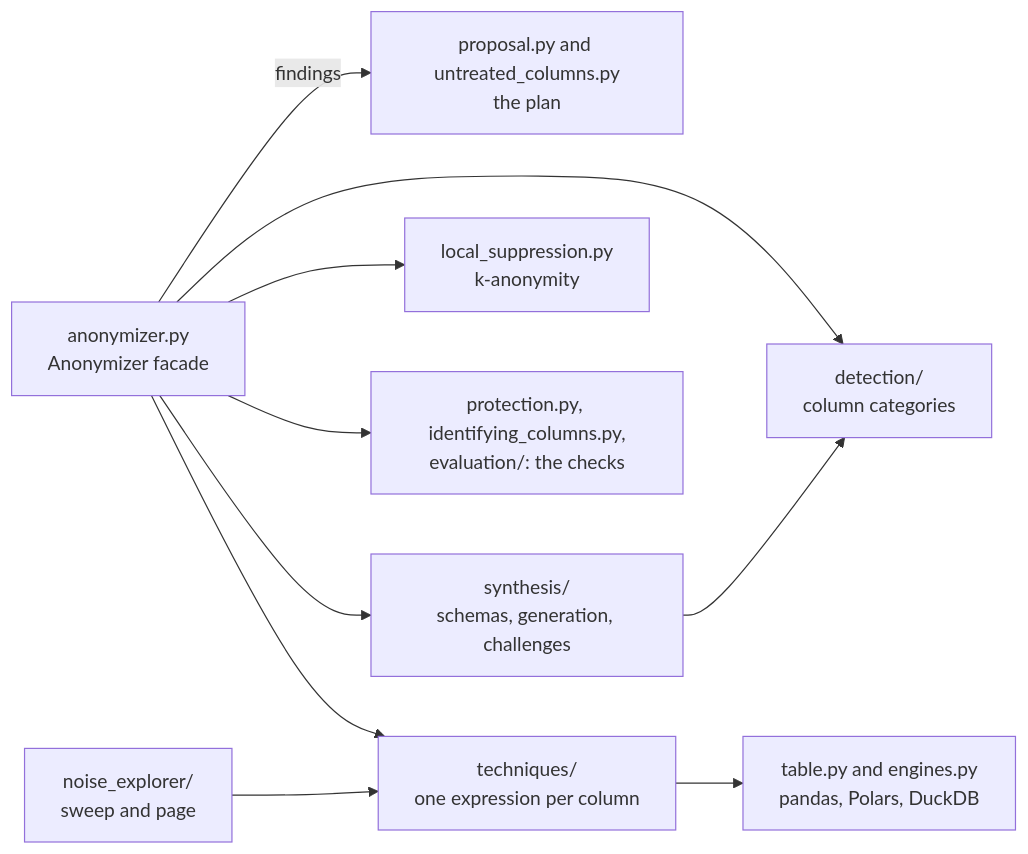
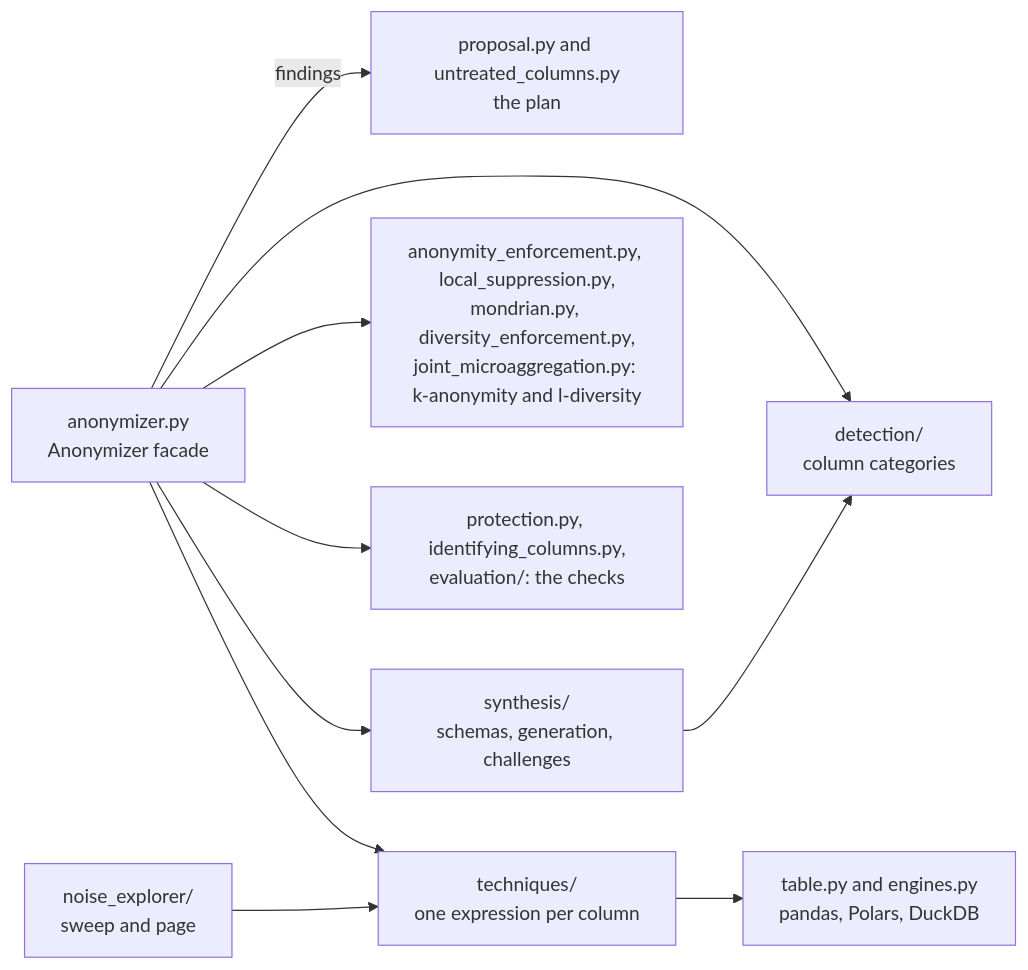
The third of 4 diagrams in ARCHITECTURE.md (rmonteiro-pereira/data-anonymizer), drawn with Mermaid before and after one commit. The commit also changed other lines of this file and 4 other files, not shown here.

````diff
--- a/ARCHITECTURE.md
+++ b/ARCHITECTURE.md
@@ -94,21 +94,21 @@
 ```mermaid
 flowchart LR
   facade["anonymizer.py<br/>Anonymizer facade"]
   detection["detection/<br/>column categories"]
   proposal["proposal.py and untreated_columns.py<br/>the plan"]
   techniques["techniques/<br/>one expression per column"]
   table["table.py and engines.py<br/>pandas, Polars, DuckDB"]
-  suppression["local_suppression.py<br/>k-anonymity"]
+  suppression["anonymity_enforcement.py, local_suppression.py,<br/>mondrian.py, diversity_enforcement.py,<br/>joint_microaggregation.py: k-anonymity and l-diversity"]
   protection["protection.py, identifying_columns.py,<br/>evaluation/: the checks"]
   synthesis["synthesis/<br/>schemas, generation, challenges"]
   explorer["noise_explorer/<br/>sweep and page"]
 
   facade --> detection
   facade -->|"findings"| proposal
   facade --> techniques --> table
   facade --> suppression
   facade --> protection
   facade --> synthesis
   explorer --> techniques
   synthesis --> detection
 ```
````
